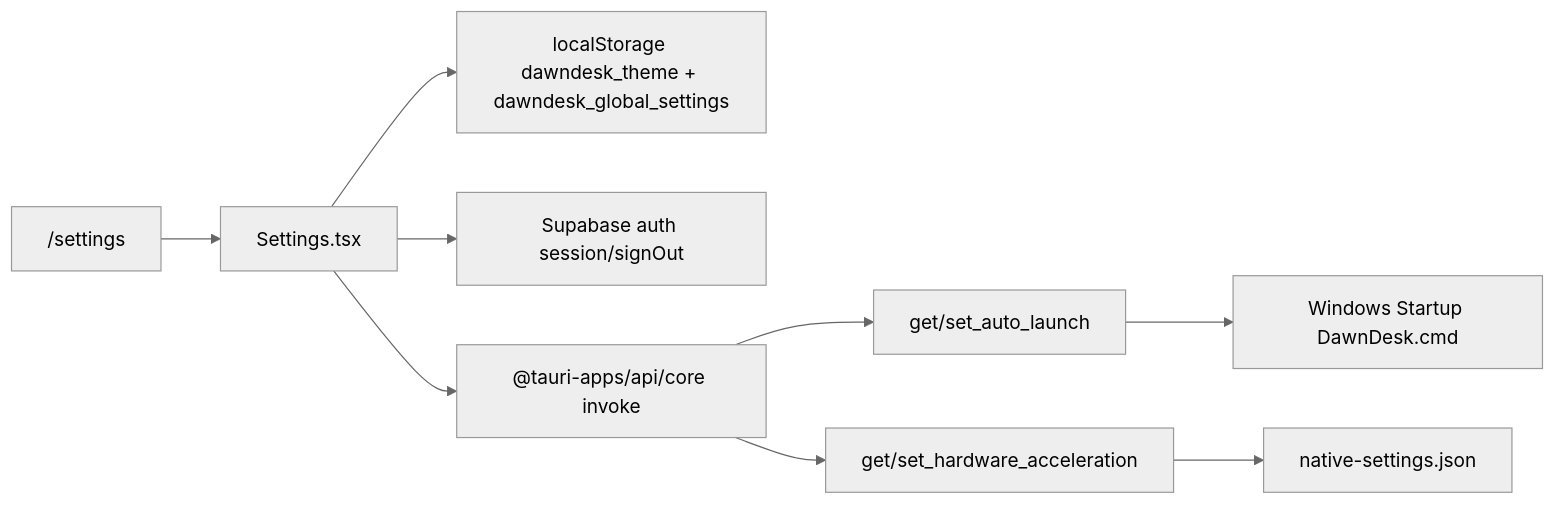
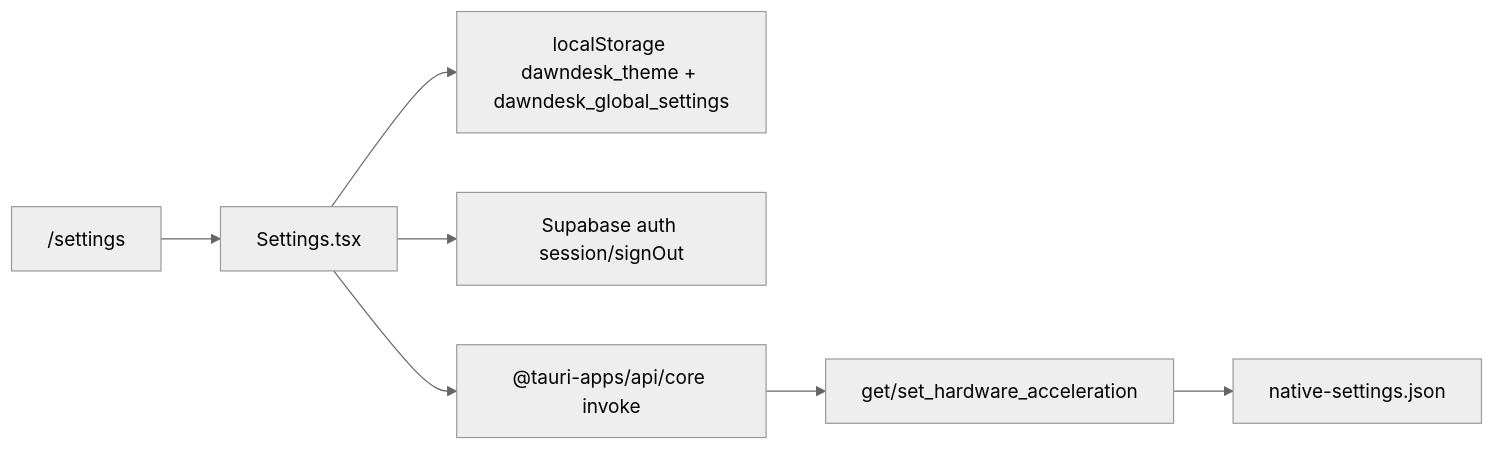
Diagram 28 of 31 in docs/ARCHITECTURE_DIAGRAMS.md (AdeelTahir-SE/DawnDesk), drawn with Mermaid (neutral theme) before and after one commit. The commit also changed other lines of this file and 28 other files, not shown here.

````diff
--- a/docs/ARCHITECTURE_DIAGRAMS.md
+++ b/docs/ARCHITECTURE_DIAGRAMS.md
@@ -574,11 +574,9 @@
 ```mermaid
 flowchart LR
   route["/settings"] --> page["Settings.tsx"]
   page --> browserPrefs["localStorage dawndesk_theme + dawndesk_global_settings"]
   page --> supabaseAuth["Supabase auth session/signOut"]
   page --> invoke["@tauri-apps/api/core invoke"]
-  invoke --> nativeAutoLaunch["get/set_auto_launch"]
   invoke --> nativeGpu["get/set_hardware_acceleration"]
-  nativeAutoLaunch --> startupScript["Windows Startup DawnDesk.cmd"]
   nativeGpu --> settingsJson["native-settings.json"]
 ```
````
